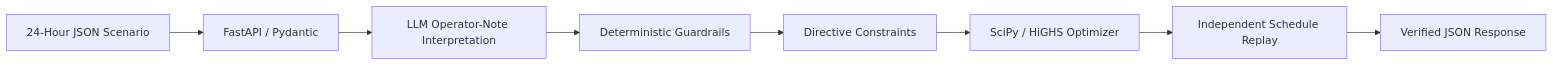
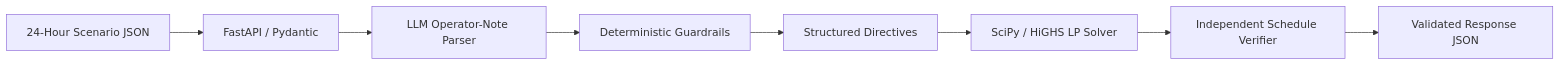
One commit to SadikRahman14/GridWiseBaseProject changed the diagram in README.md. Above: the diagram before and after it, drawn with Mermaid. The commit also changed other lines of this file, not shown here.

````diff
--- a/README.md
+++ b/README.md
@@ -336,19 +97,10 @@
-``` mermaid
-
+```mermaid
 flowchart LR
-
-A[24-Hour JSON Scenario] --> B[FastAPI / Pydantic]
-
-B --> C[LLM Operator-Note Interpretation]
-
-C --> D[Deterministic Guardrails]
-
-D --> E[Directive Constraints]
-
-E --> F[SciPy / HiGHS Optimizer]
-
-F --> G[Independent Schedule Replay]
-
-G --> H[Verified JSON Response]
-
+    A[24-Hour Scenario JSON] --> B[FastAPI / Pydantic]
+    B --> C[LLM Operator-Note Parser]
+    C --> D[Deterministic Guardrails]
+    D --> E[Structured Directives]
+    E --> F[SciPy / HiGHS LP Solver]
+    F --> G[Independent Schedule Verifier]
+    G --> H[Validated Response JSON]
 ```
````
